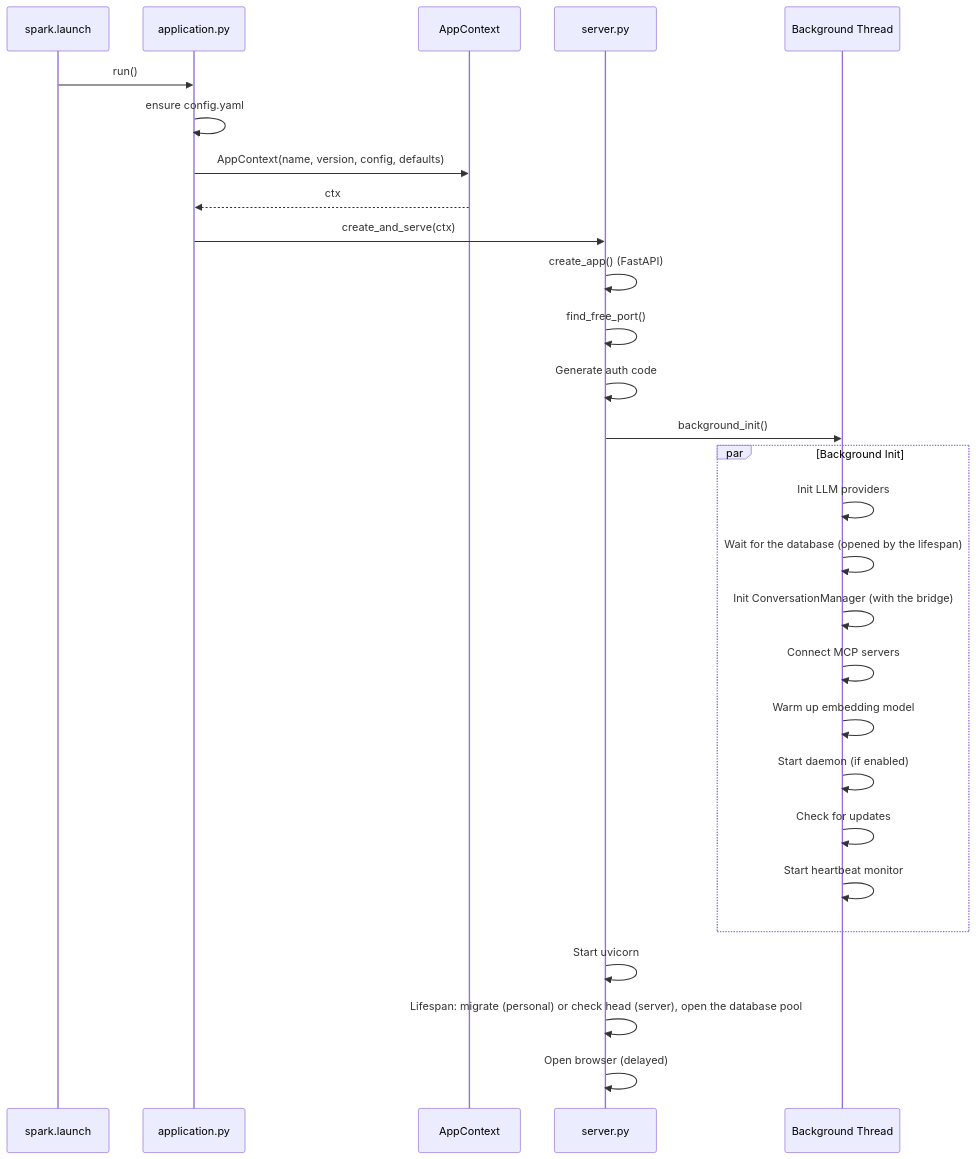
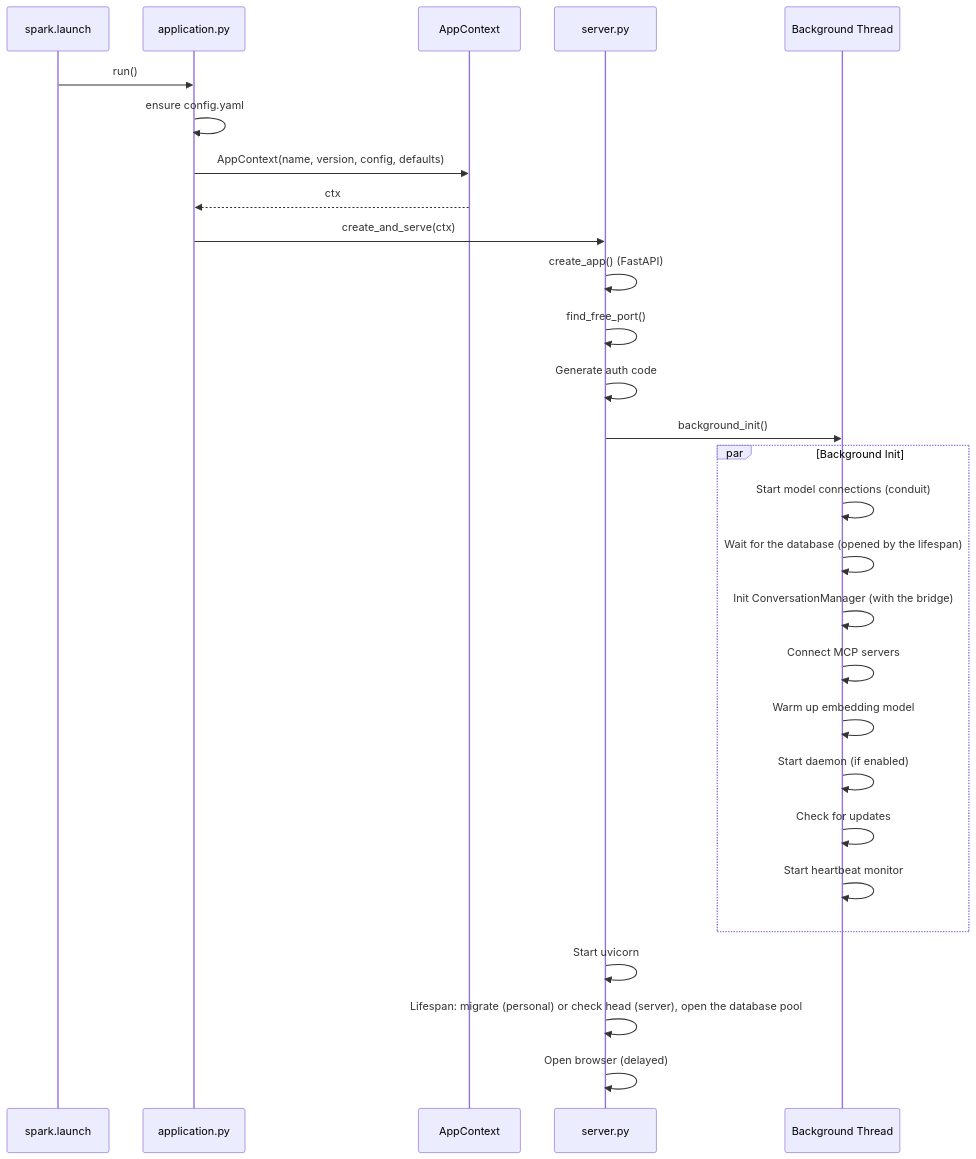
One commit to Cognisn/spark changed the fourth of 7 diagrams in docs/architecture.md. Above: the diagram before and after it, drawn with Mermaid. The commit also changed other lines of this file, not shown here.

First line of the commit message:
docs(docs): describe named model connections on conduit

````diff
--- a/docs/architecture.md
+++ b/docs/architecture.md
@@ -426,33 +455,33 @@
 ```mermaid
 sequenceDiagram
     participant Entry as spark.launch
     participant App as application.py
     participant Konfig as AppContext
     participant Server as server.py
     participant BG as Background Thread
 
     Entry->>App: run()
     App->>App: ensure config.yaml
     App->>Konfig: AppContext(name, version, config, defaults)
     Konfig-->>App: ctx
     App->>Server: create_and_serve(ctx)
     Server->>Server: create_app() (FastAPI)
     Server->>Server: find_free_port()
     Server->>Server: Generate auth code
     Server->>BG: background_init()
 
     par Background Init
-        BG->>BG: Init LLM providers
+        BG->>BG: Start model connections (conduit)
         BG->>BG: Wait for the database (opened by the lifespan)
         BG->>BG: Init ConversationManager (with the bridge)
         BG->>BG: Connect MCP servers
         BG->>BG: Warm up embedding model
         BG->>BG: Start daemon (if enabled)
         BG->>BG: Check for updates
         BG->>BG: Start heartbeat monitor
     end
 
     Server->>Server: Start uvicorn
     Server->>Server: Lifespan: migrate (personal) or check head (server), open the database pool
     Server->>Server: Open browser (delayed)
 ```
````
